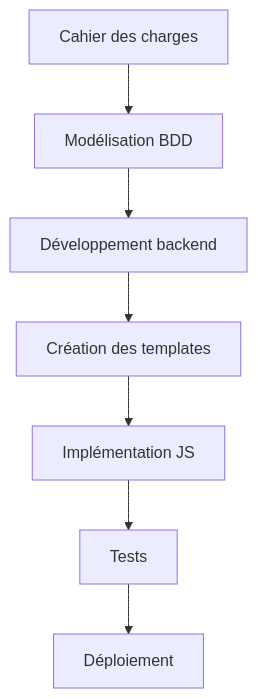
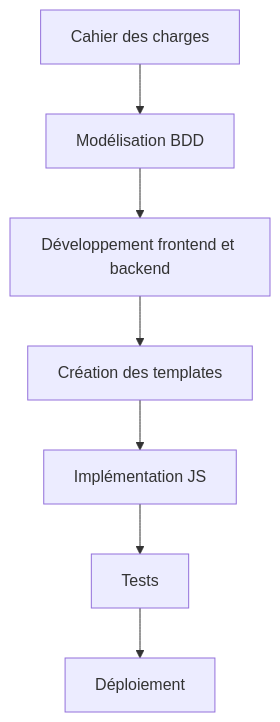
One commit to AnonymousApexio/SAE-ludotheque changed the diagram in README.md. Above: the diagram before and after it, drawn with Mermaid. The commit also changed other lines of this file, not shown here.

````diff
--- a/README.md
+++ b/README.md
@@ -88,9 +92,9 @@
 ```mermaid
 graph TD
     A[Cahier des charges] --> B[Modélisation BDD]
-    B --> C[Développement backend]
+    B --> C[Développement frontend et backend]
     C --> D[Création des templates]
     D --> E[Implémentation JS]
     E --> F[Tests]
     F --> G[Déploiement]
 ```
````
